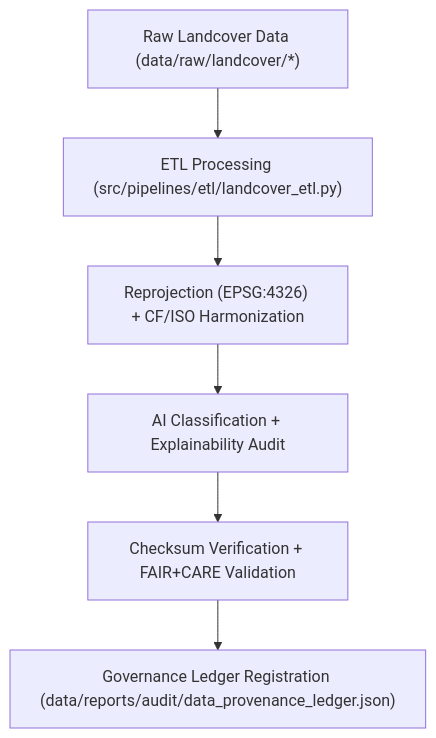
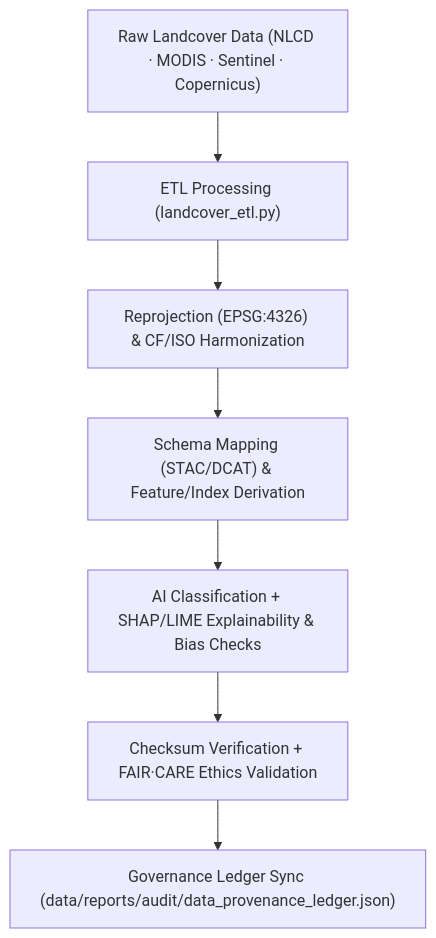
Before and after one commit to bartytime4life/Kansas-Frontier-Matrix: the diagram in data/work/tmp/landcover/transforms/README.md, drawn with Mermaid. The commit also changed other lines of this file, not shown here.

````diff
--- a/data/work/tmp/landcover/transforms/README.md
+++ b/data/work/tmp/landcover/transforms/README.md
@@ -65,8 +68,9 @@
 ```mermaid
 flowchart TD
-    A["Raw Landcover Data (data/raw/landcover/*)"] --> B["ETL Processing (src/pipelines/etl/landcover_etl.py)"]
-    B --> C["Reprojection (EPSG:4326) + CF/ISO Harmonization"]
-    C --> D["AI Classification + Explainability Audit"]
-    D --> E["Checksum Verification + FAIR+CARE Validation"]
-    E --> F["Governance Ledger Registration (data/reports/audit/data_provenance_ledger.json)"]
+    A["Raw Landcover Data (NLCD · MODIS · Sentinel · Copernicus)"] --> B["ETL Processing (landcover_etl.py)"]
+    B --> C["Reprojection (EPSG:4326) & CF/ISO Harmonization"]
+    C --> D["Schema Mapping (STAC/DCAT) & Feature/Index Derivation"]
+    D --> E["AI Classification + SHAP/LIME Explainability & Bias Checks"]
+    E --> F["Checksum Verification + FAIR·CARE Ethics Validation"]
+    F --> G["Governance Ledger Sync (data/reports/audit/data_provenance_ledger.json)"]
 ```
````
